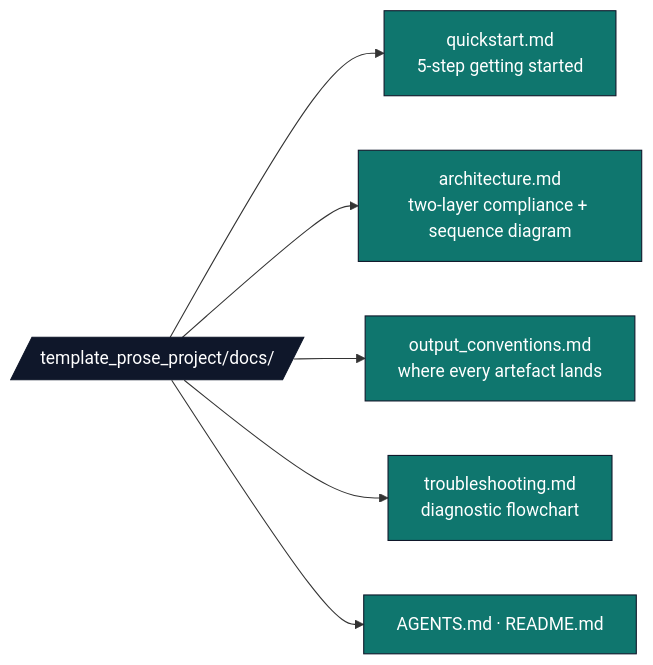
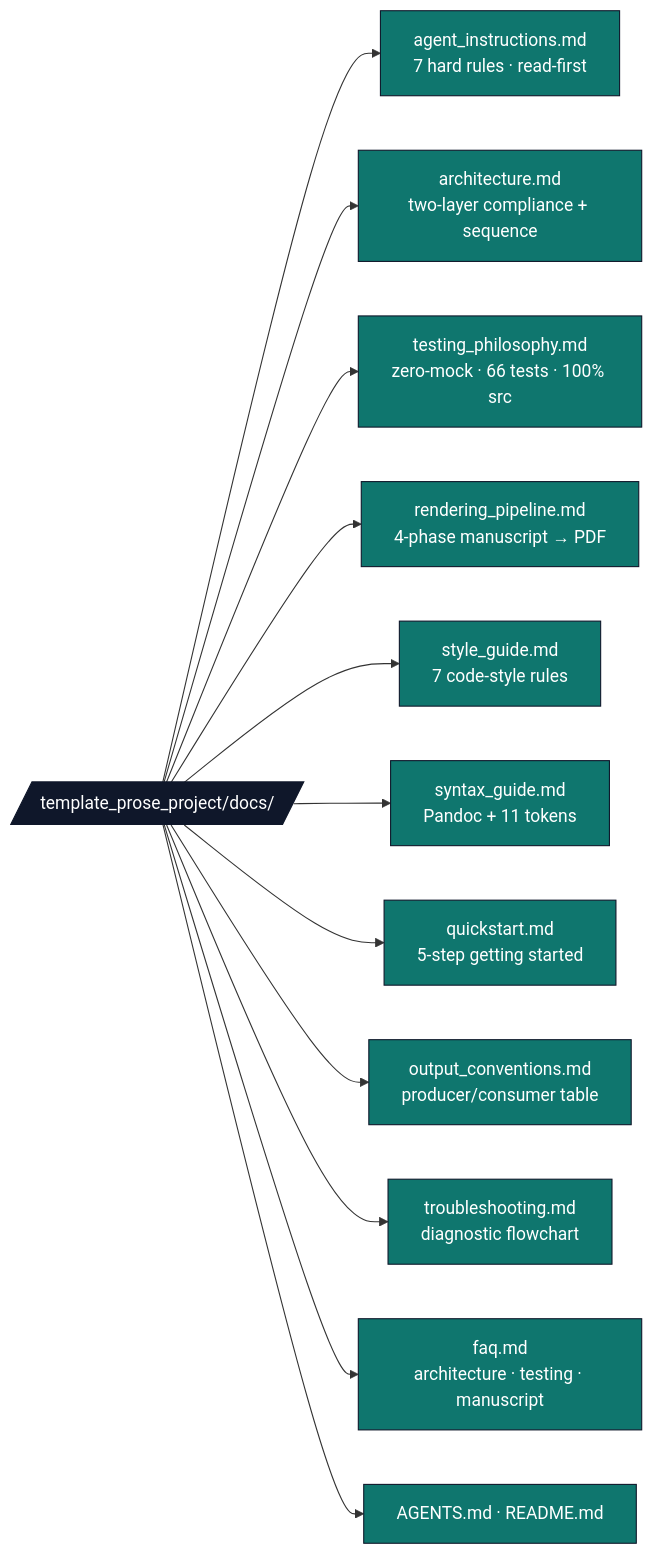
Before and after one commit to docxology/template: the diagram in projects/template_prose_project/docs/README.md, drawn with Mermaid. The commit also changed other lines of this file and 164 other files, not shown here.

````diff
--- a/projects/template_prose_project/docs/README.md
+++ b/projects/template_prose_project/docs/README.md
@@ -5,14 +5,20 @@
 ```mermaid
 flowchart LR
     HUB[/template_prose_project/docs//]
+    HUB --> AI[agent_instructions.md<br/>7 hard rules · read-first]
+    HUB --> ARCH[architecture.md<br/>two-layer compliance + sequence]
+    HUB --> TP[testing_philosophy.md<br/>zero-mock · 66 tests · 100% src]
+    HUB --> RP[rendering_pipeline.md<br/>4-phase manuscript → PDF]
+    HUB --> SG[style_guide.md<br/>7 code-style rules]
+    HUB --> SX[syntax_guide.md<br/>Pandoc + 11 tokens]
     HUB --> QS[quickstart.md<br/>5-step getting started]
-    HUB --> ARCH[architecture.md<br/>two-layer compliance + sequence diagram]
-    HUB --> OC[output_conventions.md<br/>where every artefact lands]
+    HUB --> OC[output_conventions.md<br/>producer/consumer table]
     HUB --> TS[troubleshooting.md<br/>diagnostic flowchart]
+    HUB --> FAQ[faq.md<br/>architecture · testing · manuscript]
     HUB --> META[AGENTS.md · README.md]
 
     classDef d fill:#0f172a,stroke:#0f172a,color:#fff
     classDef f fill:#0f766e,stroke:#0f172a,color:#fff
     class HUB d
-    class QS,ARCH,OC,TS,META f
+    class AI,ARCH,TP,RP,SG,SX,QS,OC,TS,FAQ,META f
 ```
````
